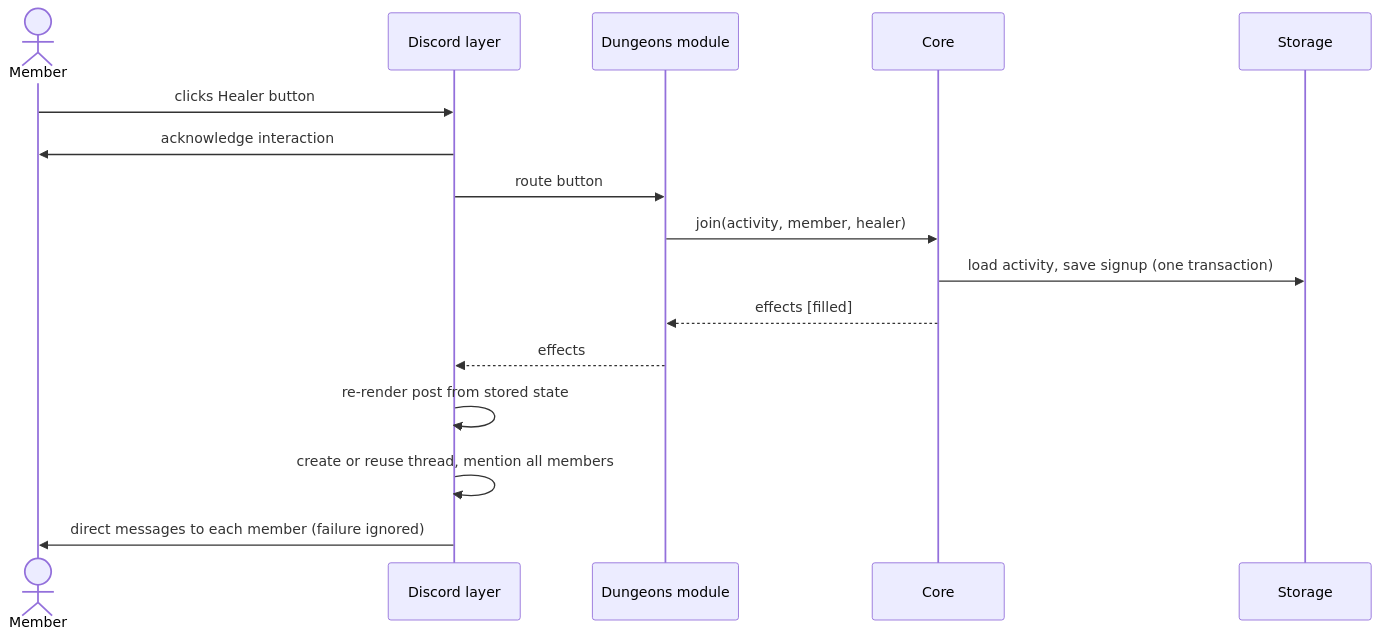
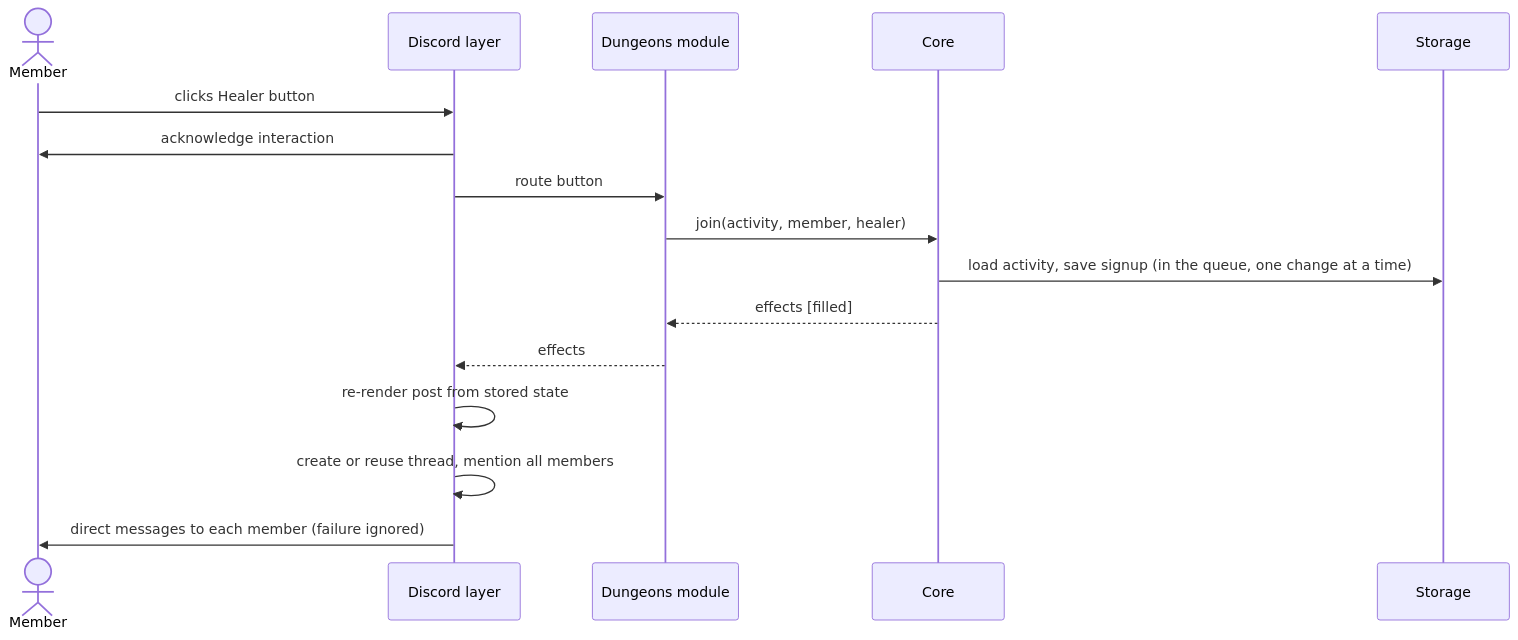
Before and after one commit to brookflok/dungeon-raid-discord-bot: the fourth of 7 diagrams in docs/architecture/arc42.md, drawn with Mermaid. The commit also changed other lines of this file and 5 other files, not shown here.

First line of the commit message:
docs: queue instead of transaction, thread fallback, seeding, operations fixes

````diff
--- a/docs/architecture/arc42.md
+++ b/docs/architecture/arc42.md
@@ -235,18 +239,18 @@
 ```mermaid
 sequenceDiagram
     actor M as Member
     participant D as Discord layer
     participant Mod as Dungeons module
     participant C as Core
     participant S as Storage
     M->>D: clicks Healer button
     D->>M: acknowledge interaction
     D->>Mod: route button
     Mod->>C: join(activity, member, healer)
-    C->>S: load activity, save signup (one transaction)
+    C->>S: load activity, save signup (in the queue, one change at a time)
     C-->>Mod: effects [filled]
     Mod-->>D: effects
     D->>D: re-render post from stored state
     D->>D: create or reuse thread, mention all members
     D->>M: direct messages to each member (failure ignored)
 ```
````
